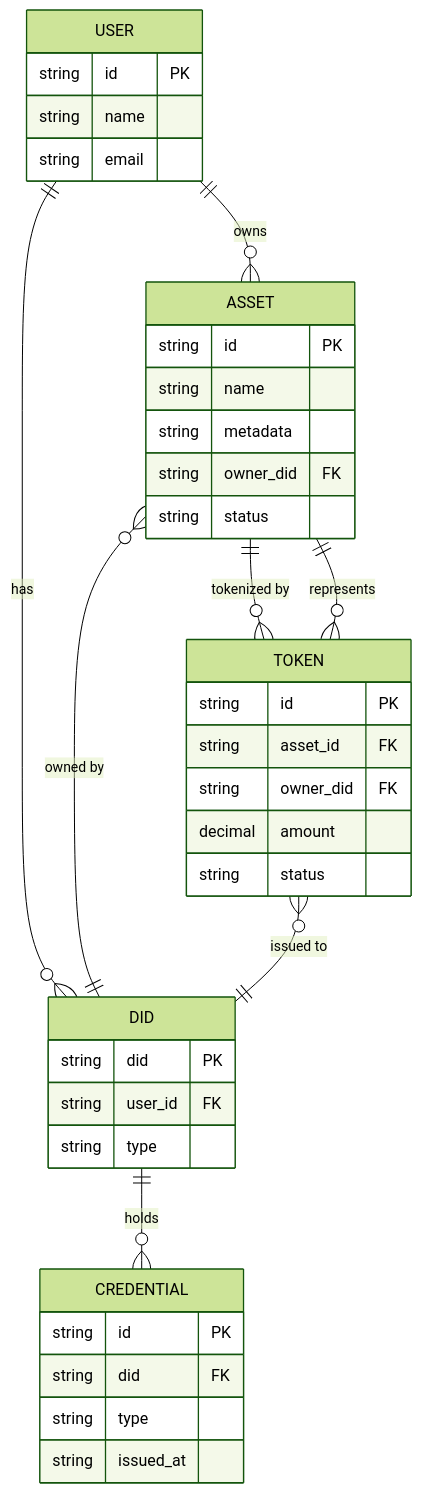
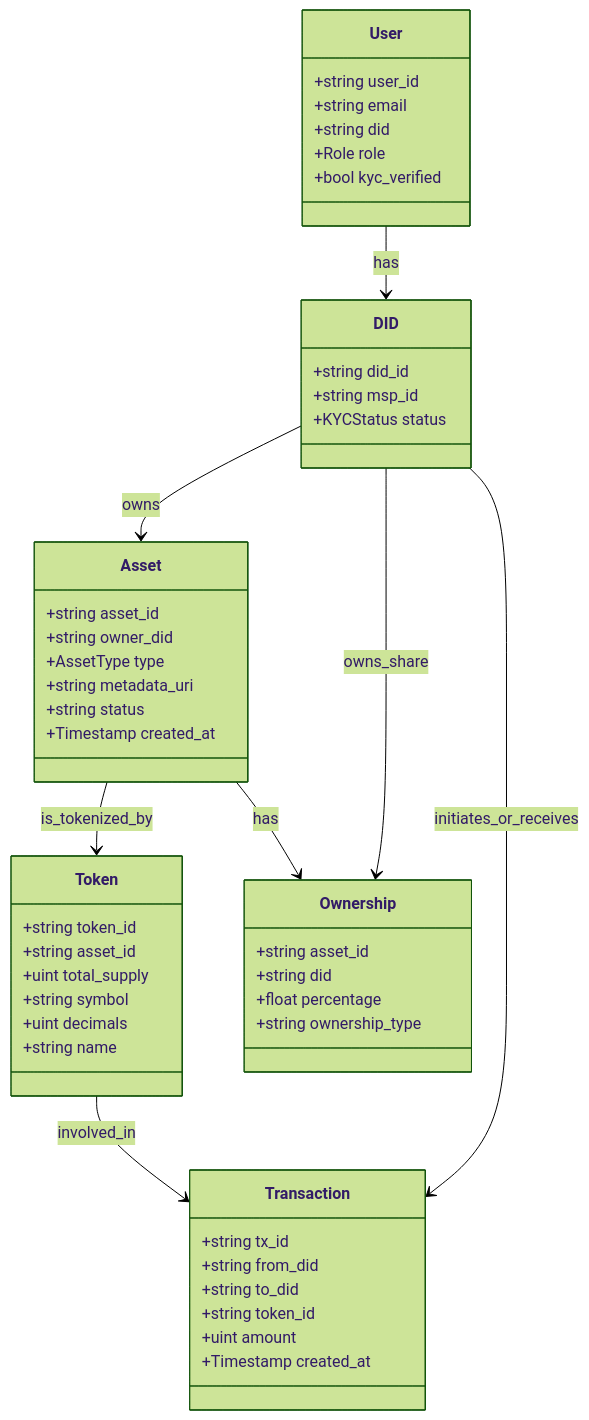
Before and after one commit to metafi-blockchain/metafi-digital-assets-service: the second of 4 diagrams in docs/architecture-design.en.md, drawn with Mermaid (forest theme). The commit also changed other lines of this file, not shown here.

````diff
--- a/docs/architecture-design.en.md
+++ b/docs/architecture-design.en.md
@@ -110,41 +110,62 @@
 ```mermaid
-erDiagram
-    USER ||--o{ ASSET : owns
-    USER ||--o{ DID : "has"
-    ASSET ||--o{ TOKEN : "tokenized by"
-    ASSET }o--|| DID : "owned by"
-    TOKEN }o--|| DID : "issued to"
-    TOKEN }o--|| ASSET : "represents"
-    DID ||--o{ CREDENTIAL : "holds"
+classDiagram
+    %% User & Identity
+    class User {
+        +string user_id
+        +string email
+        +string did
+        +Role role
+        +bool kyc_verified
+    }
 
-    USER {
-        string id PK
-        string name
-        string email
+    class DID {
+        +string did_id
+        +string msp_id
+        +KYCStatus status
     }
-    DID {
-        string did PK
-        string user_id FK
-        string type
+
+    %% Asset & Token
+    class Asset {
+        +string asset_id
+        +string owner_did
+        +AssetType type
+        +string metadata_uri
+        +string status
+        +Timestamp created_at
     }
-    ASSET {
-        string id PK
-        string name
-        string metadata
-        string owner_did FK
-        string status
+
+    class Token {
+        +string token_id
+        +string asset_id
+        +uint total_supply
+        +string symbol
+        +uint decimals
+        +string name
     }
-    TOKEN {
-        string id PK
-        string asset_id FK
-        string owner_did FK
-        decimal amount
-        string status
+
+    %% Transaction & Ownership
+    class Transaction {
+        +string tx_id
+        +string from_did
+        +string to_did
+        +string token_id
+        +uint amount
+        +Timestamp created_at
     }
-    CREDENTIAL {
-        string id PK
-        string did FK
-        string type
-        string issued_at
+
+    class Ownership {
+        +string asset_id
+        +string did
+        +float percentage
+        +string ownership_type
     }
+
+    %% Relations
+    User --> DID : has
+    DID --> Asset : owns
+    Asset --> Token : is_tokenized_by
+    Token --> Transaction : involved_in
+    DID --> Transaction : initiates_or_receives
+    Asset --> Ownership : has
+    DID --> Ownership : owns_share
 ```
````
